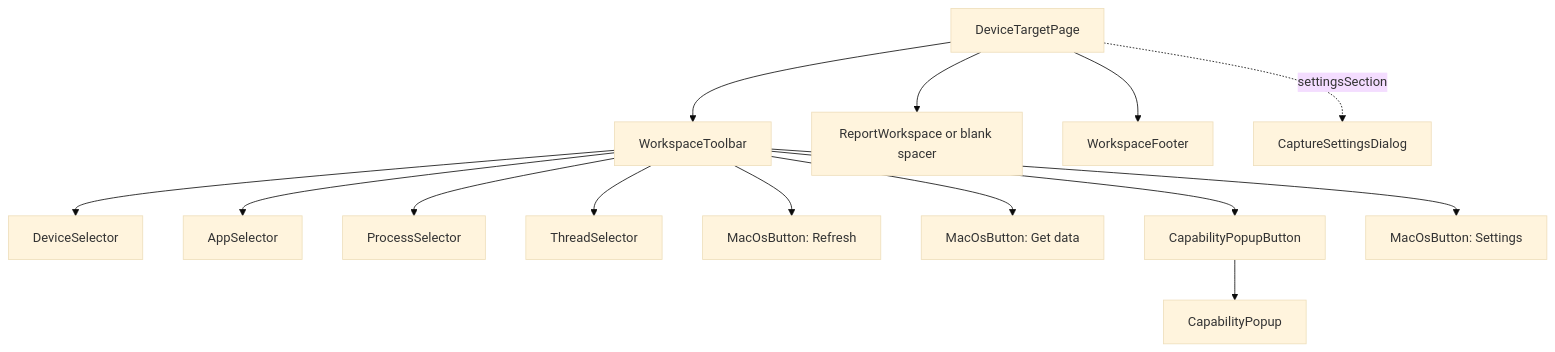
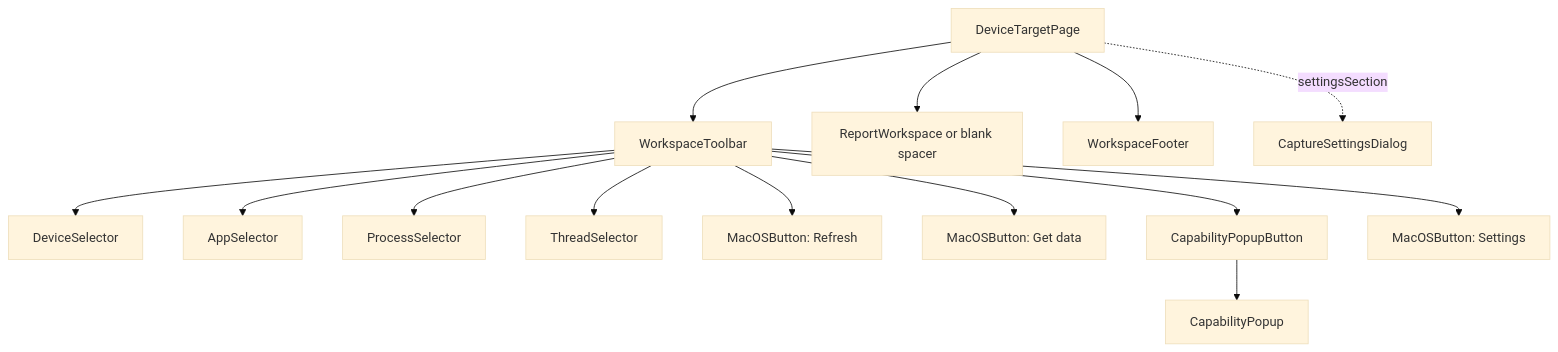
Diagram 14 of 24 in desktop-viewer/docs/architecture/ui-layout-map.md (yuchuangu85/AndroidPerformanceStudio), drawn with Mermaid (base theme) before and after one commit. The commit also changed other lines of this file and 27 other files, not shown here.

````diff
--- a/desktop-viewer/docs/architecture/ui-layout-map.md
+++ b/desktop-viewer/docs/architecture/ui-layout-map.md
@@ -781,22 +781,22 @@
 ```mermaid
 flowchart TD
     Page[DeviceTargetPage]
     Toolbar[WorkspaceToolbar]
     Report[ReportWorkspace or blank spacer]
     Footer[WorkspaceFooter]
     Settings[CaptureSettingsDialog]
 
     Toolbar --> Device[DeviceSelector]
     Toolbar --> App[AppSelector]
     Toolbar --> Process[ProcessSelector]
     Toolbar --> Thread[ThreadSelector]
-    Toolbar --> Refresh[MacOsButton: Refresh]
-    Toolbar --> GetData[MacOsButton: Get data]
+    Toolbar --> Refresh[MacOSButton: Refresh]
+    Toolbar --> GetData[MacOSButton: Get data]
     Toolbar --> Capabilities[CapabilityPopupButton]
-    Toolbar --> SettingsBtn[MacOsButton: Settings]
+    Toolbar --> SettingsBtn[MacOSButton: Settings]
     Capabilities --> CapabilityPopup[CapabilityPopup]
     Page --> Toolbar
     Page --> Report
     Page --> Footer
     Page -.settingsSection.-> Settings
 ```
````
